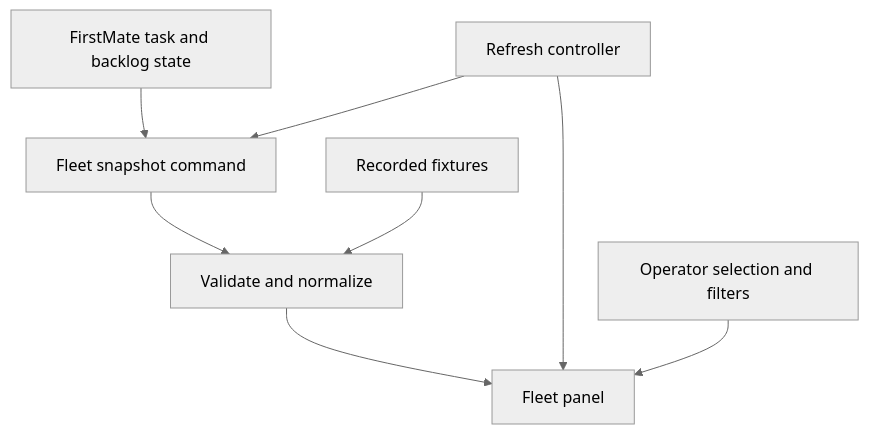
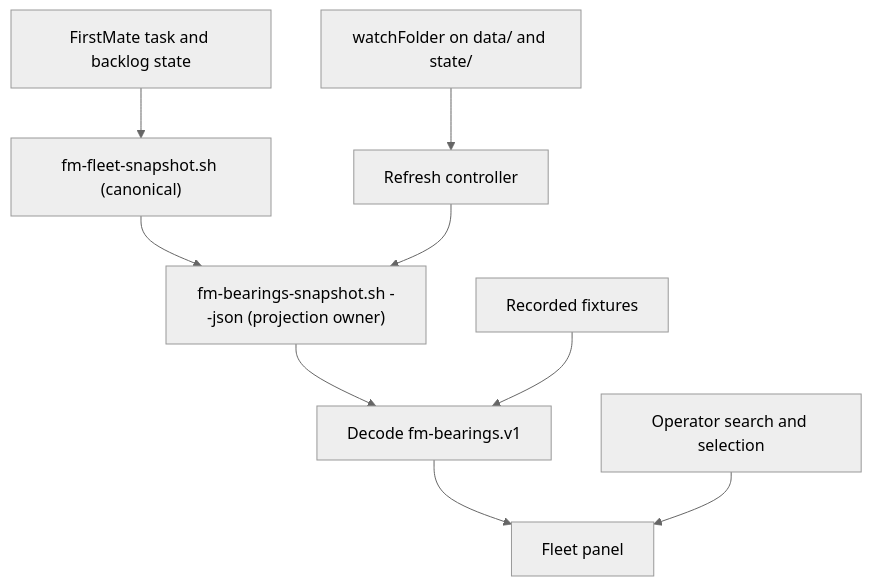
One commit to AndrewGoldfinch/herdr-fm changed the diagram in docs/2026-10-30-firstmate-herdr-technical-spec.md. Above: the diagram before and after it, drawn with Mermaid (neutral theme). The commit also changed other lines of this file and 1 other file, not shown here.

First line of the commit message:
docs: revise fleet panel spec onto Bearings; split out hc qualification

````diff
--- a/docs/2026-10-30-firstmate-herdr-technical-spec.md
+++ b/docs/2026-10-30-firstmate-herdr-technical-spec.md
@@ -77,10 +94,11 @@
 ```mermaid
 flowchart TD
-    A["FirstMate task and backlog state"] --> B["Fleet snapshot command"]
-    B --> C["Validate and normalize"]
-    C --> D["Fleet panel"]
-    E["Recorded fixtures"] --> C
-    F["Refresh controller"] --> B
-    F --> D
-    G["Operator selection and filters"] --> D
+    A["FirstMate task and backlog state"] --> B["fm-fleet-snapshot.sh (canonical)"]
+    B --> C["fm-bearings-snapshot.sh --json (projection owner)"]
+    C --> D["Decode fm-bearings.v1"]
+    D --> E["Fleet panel"]
+    F["Recorded fixtures"] --> D
+    G["Refresh controller"] --> C
+    H["watchFolder on data/ and state/"] --> G
+    I["Operator search and selection"] --> E
 ```
````
